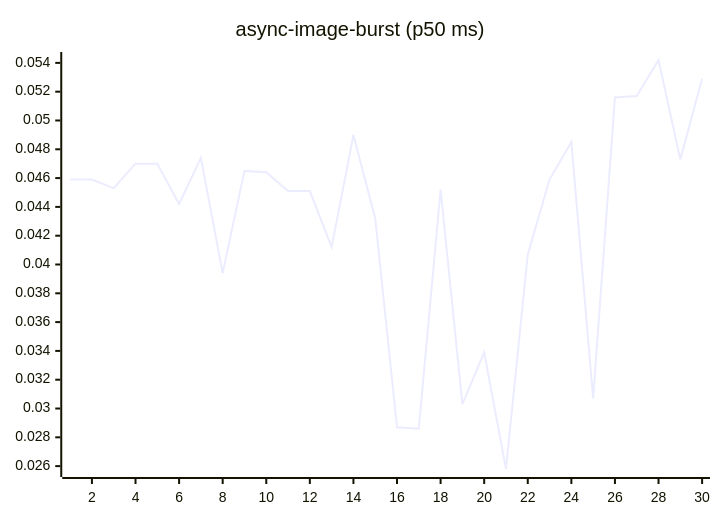
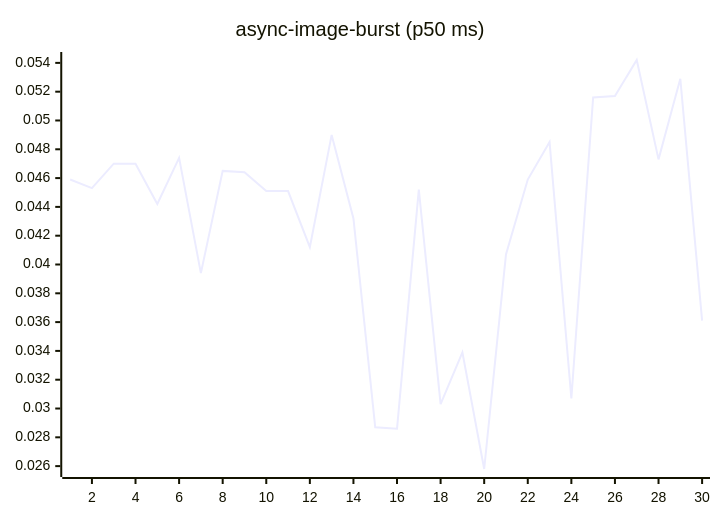
The fourth of 27 diagrams in README.md (josha/Facet), drawn with Mermaid before and after one commit. The commit also changed other lines of this file and 2 other files, not shown here.

````diff
--- a/README.md
+++ b/README.md
@@ -84,6 +84,6 @@
 ```mermaid
 xychart-beta
     title "async-image-burst (p50 ms)"
     x-axis 1 --> 30
-    line [0.0459, 0.0459, 0.0453, 0.0470, 0.0470, 0.0442, 0.0474, 0.0394, 0.0465, 0.0464, 0.0451, 0.0451, 0.0412, 0.0490, 0.0432, 0.0287, 0.0286, 0.0452, 0.0303, 0.0339, 0.0258, 0.0407, 0.0459, 0.0485, 0.0307, 0.0516, 0.0517, 0.0542, 0.0473, 0.0529]
+    line [0.0459, 0.0453, 0.0470, 0.0470, 0.0442, 0.0474, 0.0394, 0.0465, 0.0464, 0.0451, 0.0451, 0.0412, 0.0490, 0.0432, 0.0287, 0.0286, 0.0452, 0.0303, 0.0339, 0.0258, 0.0407, 0.0459, 0.0485, 0.0307, 0.0516, 0.0517, 0.0542, 0.0473, 0.0529, 0.0361]
 ```
````
